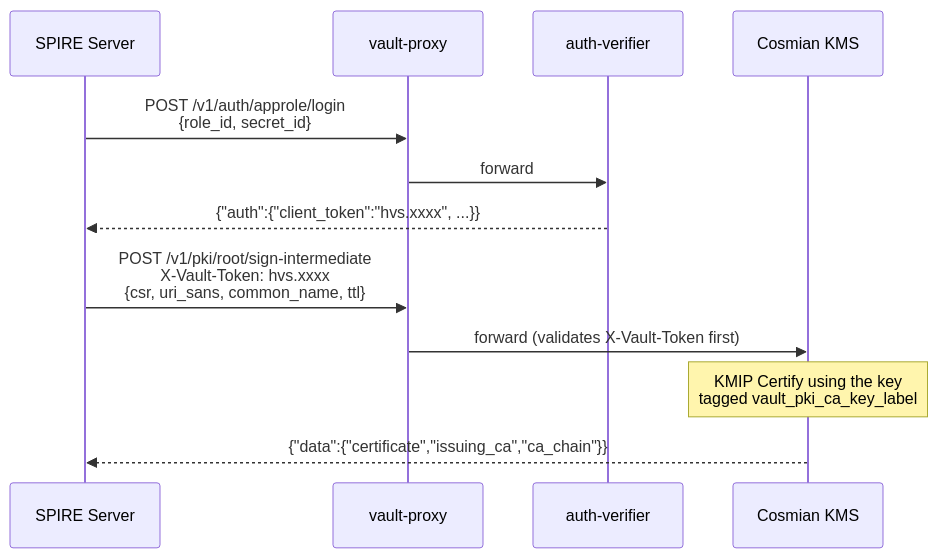
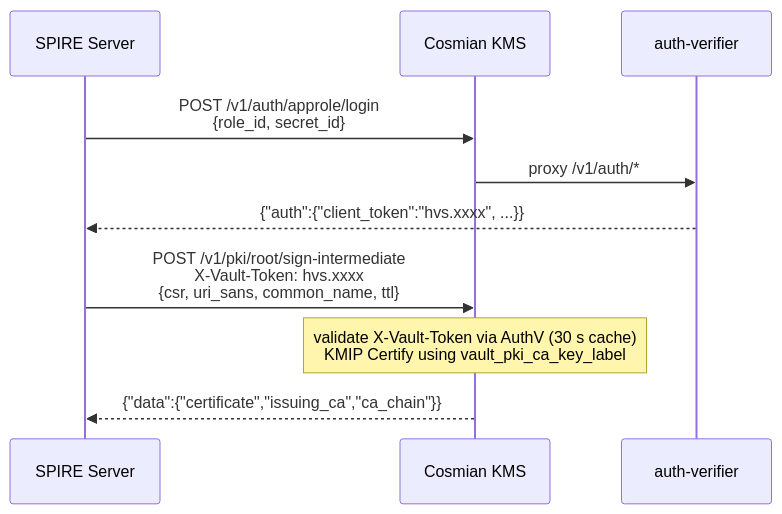
Before and after one commit to Cosmian/kms: the fourth of 7 diagrams in documentation/docs/integrations/spire_spiffe.md, drawn with Mermaid. The commit also changed other lines of this file and 13 other files, not shown here.

First line of the commit message:
refactor: rename vault→spire modules, strip /v1 in auth proxy

````diff
--- a/documentation/docs/integrations/spire_spiffe.md
+++ b/documentation/docs/integrations/spire_spiffe.md
@@ -175,15 +175,13 @@
 ```mermaid
 sequenceDiagram
     participant Server as SPIRE Server
-    participant Proxy as vault-proxy
+    participant KMS as Cosmian KMS
     participant AuthV as auth-verifier
-    participant KMS as Cosmian KMS
 
-    Server->>Proxy: POST /v1/auth/approle/login<br/>{role_id, secret_id}
-    Proxy->>AuthV: forward
+    Server->>KMS: POST /v1/auth/approle/login<br/>{role_id, secret_id}
+    KMS->>AuthV: proxy /v1/auth/*
     AuthV-->>Server: {"auth":{"client_token":"hvs.xxxx", ...}}
-    Server->>Proxy: POST /v1/pki/root/sign-intermediate<br/>X-Vault-Token: hvs.xxxx<br/>{csr, uri_sans, common_name, ttl}
-    Proxy->>KMS: forward (validates X-Vault-Token first)
-    Note over KMS: KMIP Certify using the key<br/>tagged vault_pki_ca_key_label
+    Server->>KMS: POST /v1/pki/root/sign-intermediate<br/>X-Vault-Token: hvs.xxxx<br/>{csr, uri_sans, common_name, ttl}
+    Note over KMS: validate X-Vault-Token via AuthV (30 s cache)<br/>KMIP Certify using vault_pki_ca_key_label
     KMS-->>Server: {"data":{"certificate","issuing_ca","ca_chain"}}
 ```
````
